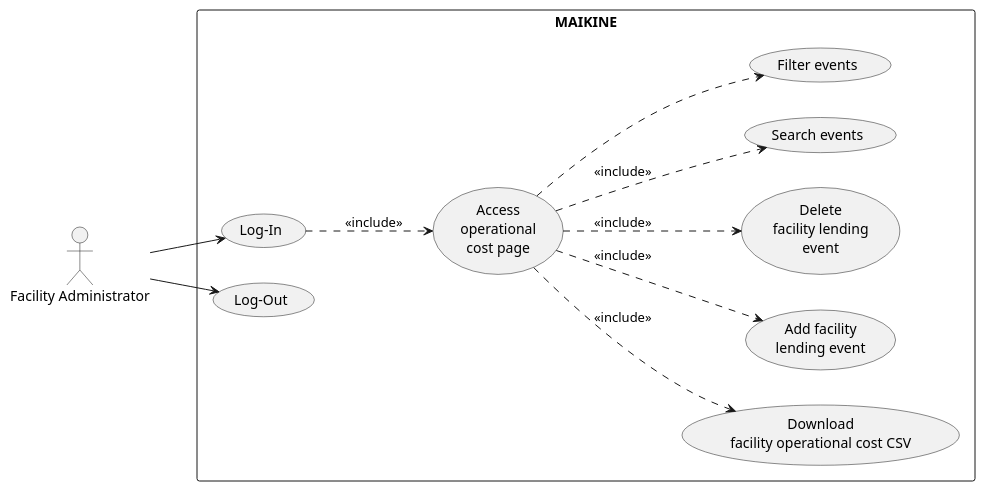
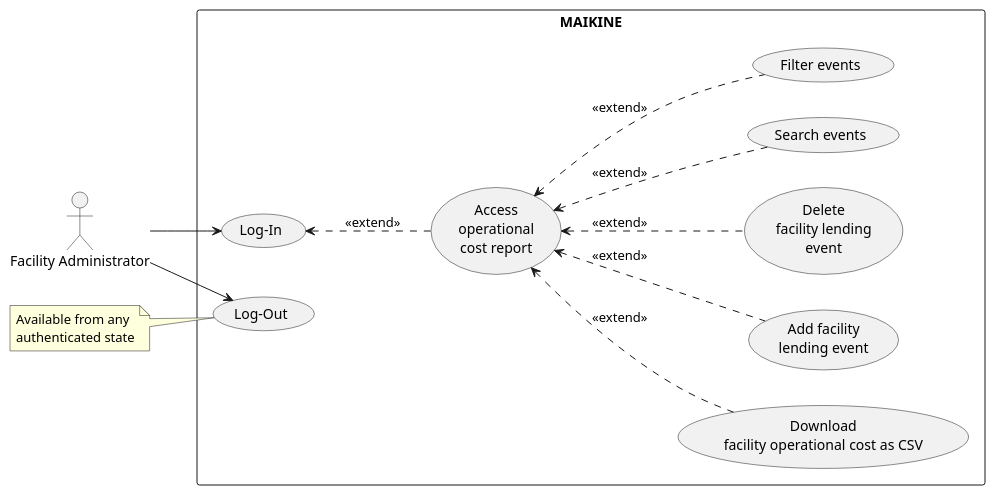
Before and after one commit to JanPerez35/PlantUML: the diagram in usecaseDiagrams/Facility_Administrator_Diagram.puml, drawn with PlantUML. The commit also changed 10 other files, not shown here.

Commit message:
Updated use case and activity diagrams.

```diff
--- a/usecaseDiagrams/Facility_Administrator_Diagram.puml
+++ b/usecaseDiagrams/Facility_Administrator_Diagram.puml
@@ -1,30 +1,35 @@
 @startuml
 left to right direction
 skinparam packageStyle rectangle
 
 actor "Facility Administrator" as FacilityAdmin
 
 rectangle MAIKINE {
 
   usecase "Log-In" as UC_Login
   usecase "Log-Out" as UC_Logout
-  usecase "Access\noperational\ncost page" as UC_OperationalCost
-  usecase "Download\nfacility operational cost CSV" as UC_DownloadCost
+  usecase "Access\noperational\ncost report" as UC_OperationalCost
+  usecase "Download\nfacility operational cost as CSV" as UC_DownloadCost
   usecase "Add facility\nlending event" as UC_AddEvent
   usecase "Delete\nfacility lending\nevent" as UC_DeleteEvent
   usecase "Search events" as UC_Search
   usecase "Filter events" as UC_Filter
 }
 
 FacilityAdmin --> UC_Login
 FacilityAdmin --> UC_Logout
 
-UC_Login ..> UC_OperationalCost : <<include>>
+UC_Login <.. UC_OperationalCost : <<extend>>
 
-UC_OperationalCost ..> UC_DownloadCost : <<include>>
-UC_OperationalCost ..> UC_AddEvent : <<include>>
-UC_OperationalCost ..> UC_DeleteEvent : <<include>>
-UC_OperationalCost ..> UC_Search : <<include>>
-UC_OperationalCost ..> UC_Filter
+UC_OperationalCost <.. UC_DownloadCost : <<extend>>
+UC_OperationalCost <.. UC_AddEvent : <<extend>>
+UC_OperationalCost <.. UC_DeleteEvent : <<extend>>
+UC_OperationalCost <.. UC_Search : <<extend>>
+UC_OperationalCost <.. UC_Filter : <<extend>>
+
+note left of UC_Logout
+Available from any
+authenticated state
+end note
 
 @enduml
```
